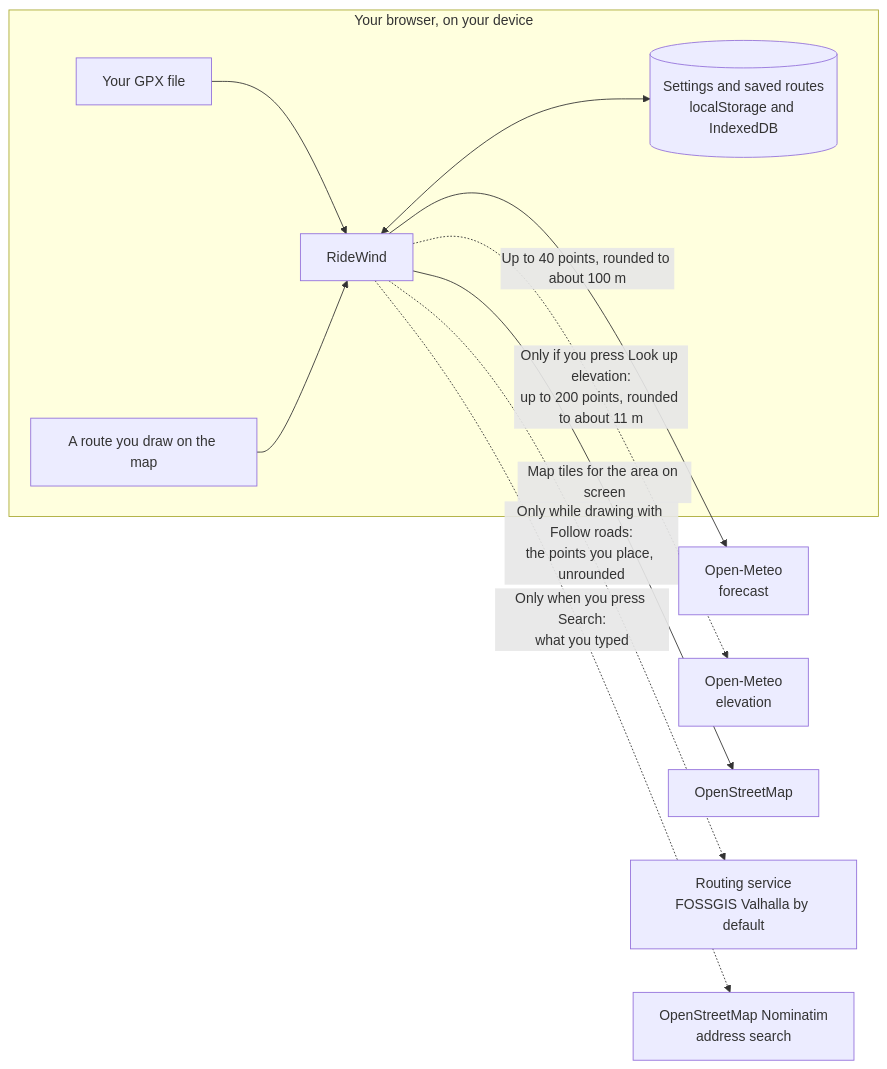
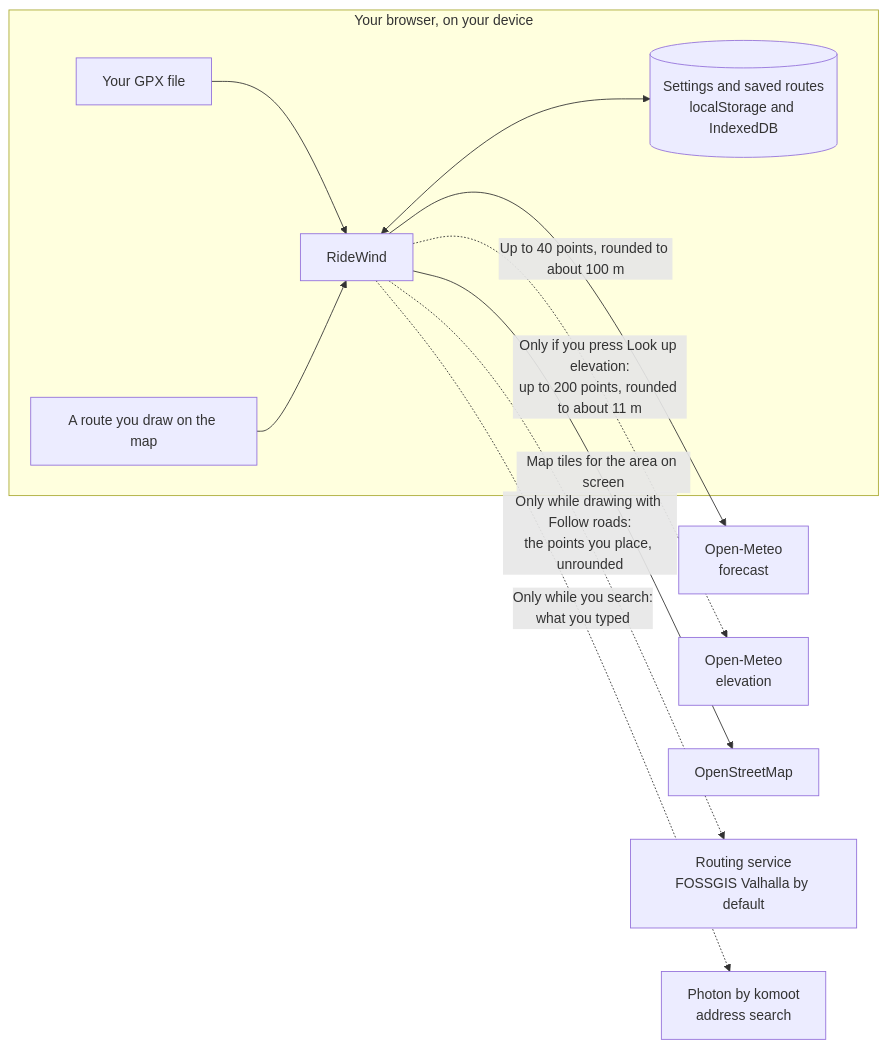
One commit to kchan1028/ridewind changed the diagram in docs/data-and-privacy.md. Above: the diagram before and after it, drawn with Mermaid. The commit also changed other lines of this file and 16 other files, not shown here.

First line of the commit message:
feat: place search suggests as you type (Photon) (#93)

````diff
--- a/docs/data-and-privacy.md
+++ b/docs/data-and-privacy.md
@@ -5,13 +5,13 @@
 ```mermaid
 flowchart LR
   subgraph Device[Your browser, on your device]
     GPX[Your GPX file] --> App[RideWind]
     Draw[A route you draw on the map] --> App
     App <--> Store[(Settings and saved routes<br/>localStorage and IndexedDB)]
   end
   App -- "Up to 40 points, rounded to about 100 m" --> OM[Open-Meteo<br/>forecast]
   App -. "Only if you press Look up elevation:<br/>up to 200 points, rounded to about 11 m" .-> OME[Open-Meteo<br/>elevation]
   App -- "Map tiles for the area on screen" --> OSM[OpenStreetMap]
   App -. "Only while drawing with Follow roads:<br/>the points you place, unrounded" .-> RT[Routing service<br/>FOSSGIS Valhalla by default]
-  App -. "Only when you press Search:<br/>what you typed" .-> NOM[OpenStreetMap Nominatim<br/>address search]
+  App -. "Only while you search:<br/>what you typed" .-> NOM[Photon by komoot<br/>address search]
 ```
````
